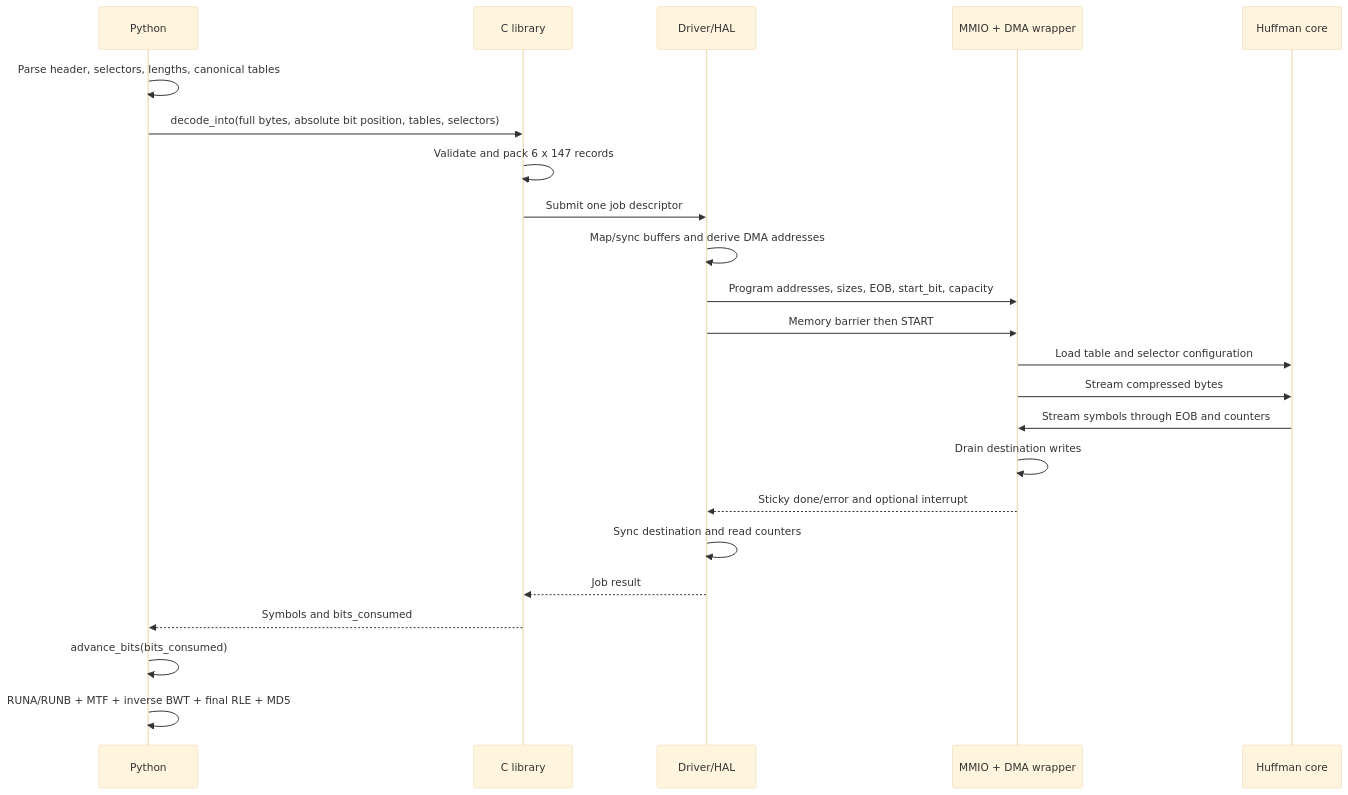
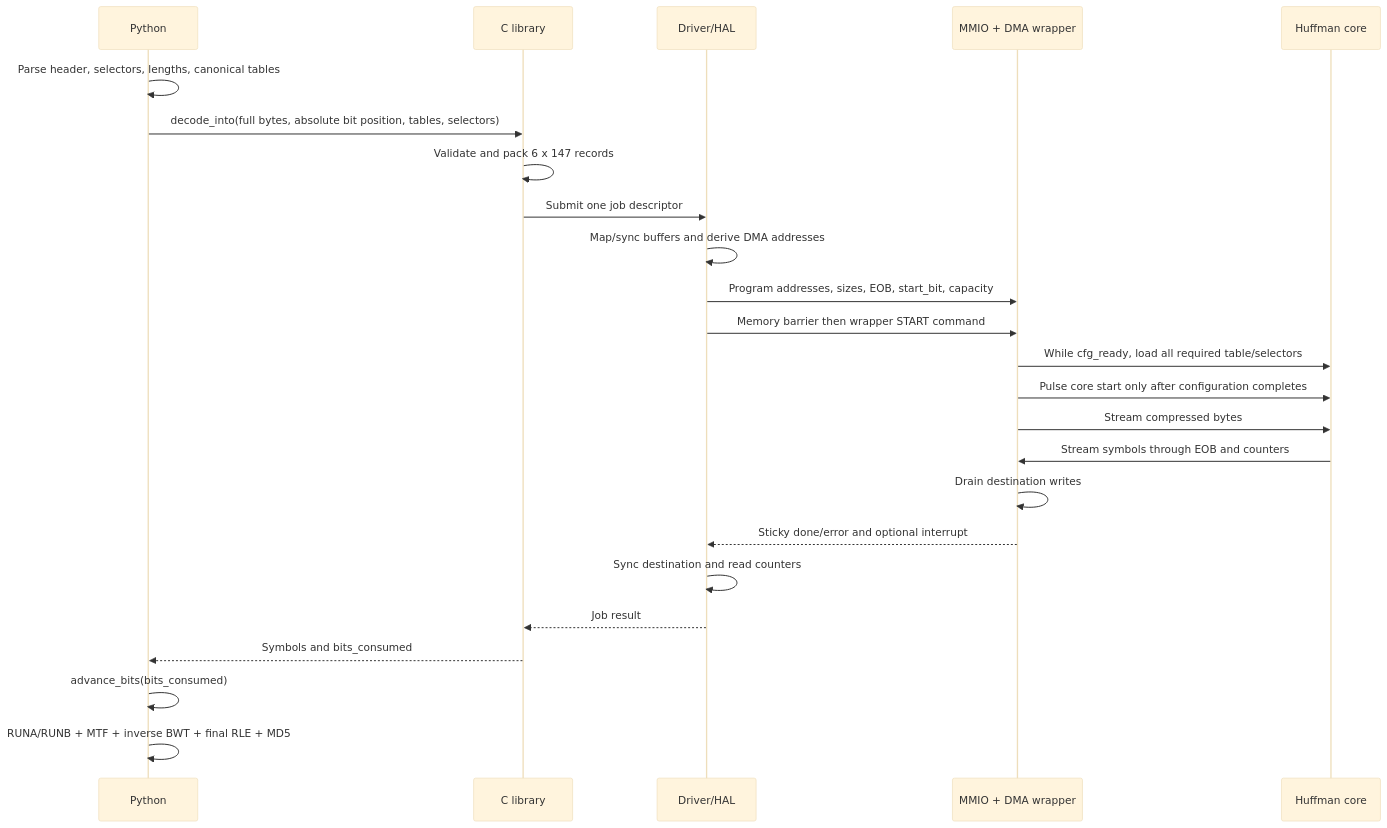
One commit to Tydox/Auxilary-Notes changed the third of 3 diagrams in report/04_hardware_software_interface.md. Above: the diagram before and after it, drawn with Mermaid (base theme). The commit also changed other lines of this file and 6 other files, not shown here.

````diff
--- a/report/04_hardware_software_interface.md
+++ b/report/04_hardware_software_interface.md
@@ -541,26 +585,27 @@
 ```mermaid
 sequenceDiagram
     participant P as Python
     participant U as C library
     participant D as Driver/HAL
     participant A as MMIO + DMA wrapper
     participant C as Huffman core
 
     P->>P: Parse header, selectors, lengths, canonical tables
     P->>U: decode_into(full bytes, absolute bit position, tables, selectors)
     U->>U: Validate and pack 6 x 147 records
     U->>D: Submit one job descriptor
     D->>D: Map/sync buffers and derive DMA addresses
     D->>A: Program addresses, sizes, EOB, start_bit, capacity
-    D->>A: Memory barrier then START
-    A->>C: Load table and selector configuration
+    D->>A: Memory barrier then wrapper START command
+    A->>C: While cfg_ready, load all required table/selectors
+    A->>C: Pulse core start only after configuration completes
     A->>C: Stream compressed bytes
     C->>A: Stream symbols through EOB and counters
     A->>A: Drain destination writes
     A-->>D: Sticky done/error and optional interrupt
     D->>D: Sync destination and read counters
     D-->>U: Job result
     U-->>P: Symbols and bits_consumed
     P->>P: advance_bits(bits_consumed)
     P->>P: RUNA/RUNB + MTF + inverse BWT + final RLE + MD5
 ```
````
